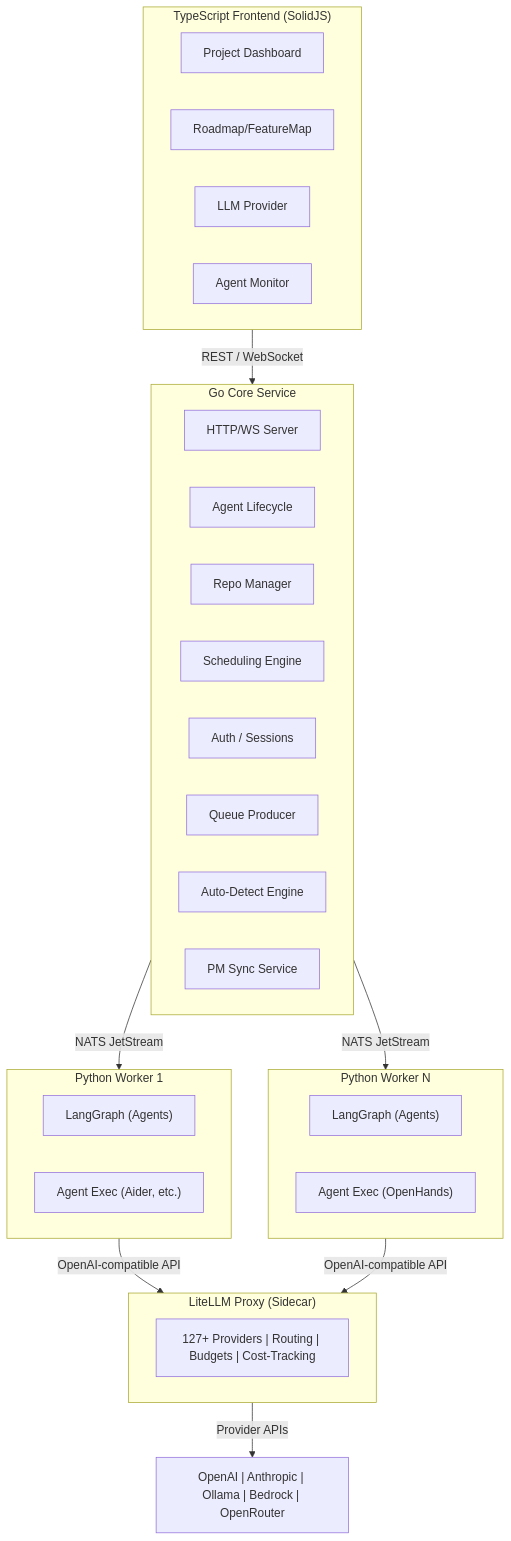
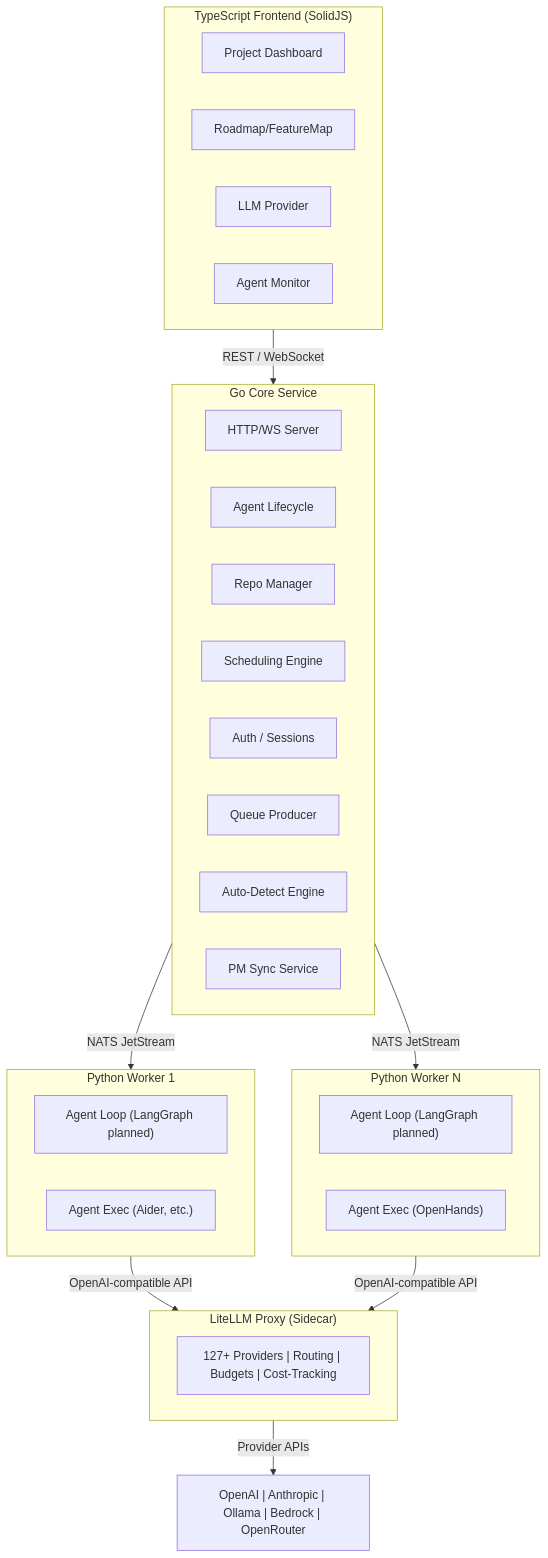
Before and after one commit to Strob0t/CodeForge: the first of 26 diagrams in docs/architecture.md, drawn with Mermaid. The commit also changed other lines of this file and 28 other files, not shown here.

````diff
--- a/docs/architecture.md
+++ b/docs/architecture.md
@@ -9,43 +9,43 @@
 ```mermaid
 flowchart TD
     subgraph FE["TypeScript Frontend (SolidJS)"]
         PD["Project Dashboard"]
         RM["Roadmap/FeatureMap"]
         LP["LLM Provider"]
         AM["Agent Monitor"]
     end
 
     subgraph GO["Go Core Service"]
         HTTP["HTTP/WS Server"]
         AL["Agent Lifecycle"]
         REPO["Repo Manager"]
         SCHED["Scheduling Engine"]
         AUTH["Auth / Sessions"]
         QP["Queue Producer"]
         AD["Auto-Detect Engine"]
         PMS["PM Sync Service"]
     end
 
     subgraph W1["Python Worker 1"]
-        LG1["LangGraph (Agents)"]
+        LG1["Agent Loop (LangGraph planned)"]
         AE1["Agent Exec (Aider, etc.)"]
     end
 
     subgraph WN["Python Worker N"]
-        LGN["LangGraph (Agents)"]
+        LGN["Agent Loop (LangGraph planned)"]
         AEN["Agent Exec (OpenHands)"]
     end
 
     subgraph LITE["LiteLLM Proxy (Sidecar)"]
         LCORE["127+ Providers | Routing | Budgets | Cost-Tracking"]
     end
 
     PROVIDERS["OpenAI | Anthropic | Ollama | Bedrock | OpenRouter"]
 
     FE -- "REST / WebSocket" --> GO
     GO -- "NATS JetStream" --> W1
     GO -- "NATS JetStream" --> WN
     W1 -- "OpenAI-compatible API" --> LITE
     WN -- "OpenAI-compatible API" --> LITE
     LITE -- "Provider APIs" --> PROVIDERS
 ```
````
